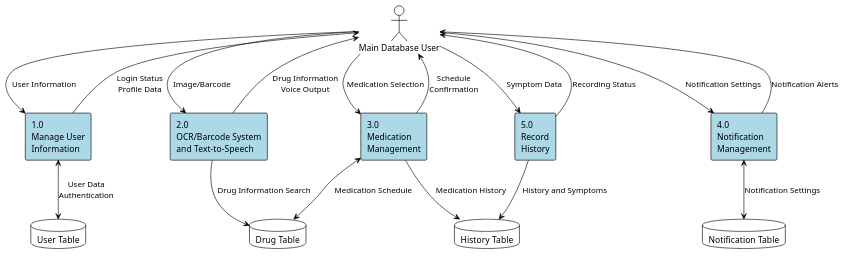
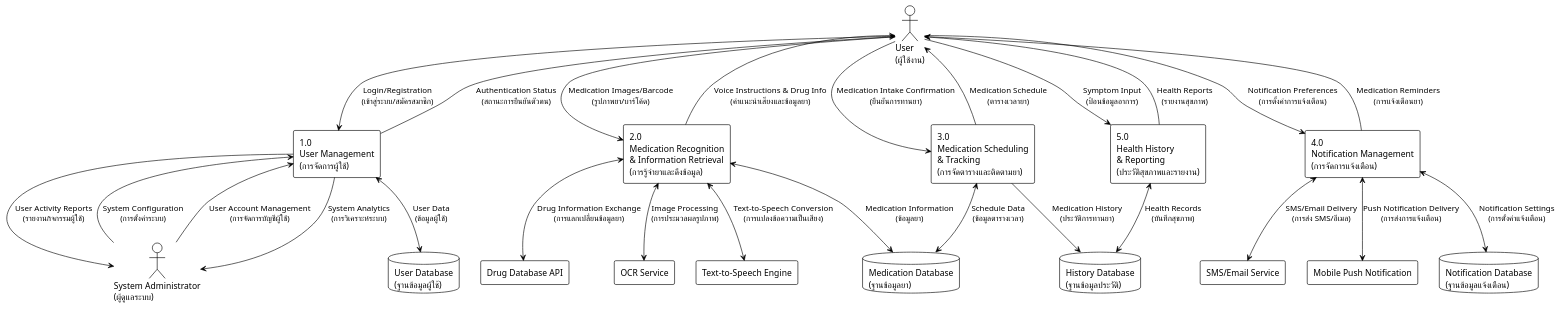
One commit to jell-lynn/capyadoo-dfd changed the diagram in dfd-level1-capyadoo.puml. Above: the diagram before and after it, drawn with PlantUML.

```diff
--- a/dfd-level1-capyadoo.puml
+++ b/dfd-level1-capyadoo.puml
@@ -1,69 +1,64 @@
-@startuml CapYaDoo_Level1_DFD_English
+@startuml CapYaDoo_Level1_Simplified
 !theme plain
 skinparam backgroundColor white
-skinparam rectangle {
-    BackgroundColor lightblue
-    BorderColor black
-}
 
-' ฐานข้อมูลหลัก = Main Database User
-actor "Main Database User" as Admin
-' ตารางผู้ใช้งาน = User Table
-database "User Table" as UserDB
-' ตารางยา = Drug Table  
-database "Drug Table" as DrugDB  
-' ตารางประวัติ = History Table
-database "History Table" as HistoryDB
-' ตารางแจ้งเตือน = Notification Table
-database "Notification Table" as NotifDB
+' Actors
+actor "User\n(ผู้ใช้งาน)" as User
+actor "System Administrator\n(ผู้ดูแลระบบ)" as Admin
 
-' จัดการข้อมูลผู้ใช้ = Manage User Information
-rectangle "1.0\nManage User\nInformation" as P1
-' ระบบ OCR/Barcode และ Text-to-Speech = OCR/Barcode System and Text-to-Speech
-rectangle "2.0\nOCR/Barcode System\nand Text-to-Speech" as P2
-' การจัดการยา = Medication Management
-rectangle "3.0\nMedication\nManagement" as P3
-' การจัดการแจ้งเตือน = Notification Management
-rectangle "4.0\nNotification\nManagement" as P4
-' บันทึกประวัติ = Record History
-rectangle "5.0\nRecord\nHistory" as P5
+' External Systems
+rectangle "Drug Database API" as DrugAPI
+rectangle "OCR Service" as OCRService
+rectangle "Text-to-Speech Engine" as TTSEngine
+rectangle "SMS/Email Service" as SMSService
+rectangle "Mobile Push Notification" as PushNotif
 
-' Input from Admin
-' ข้อมูลผู้ใช้ = User Information
-Admin --> P1 : User Information
-' รูปภาพ/บาร์โค้ด = Image/Barcode
-Admin --> P2 : Image/Barcode
-' การเลือกยา = Medication Selection
-Admin --> P3 : Medication Selection
-' การตั้งค่าแจ้งเตือน = Notification Settings
-Admin --> P4 : Notification Settings
-' ข้อมูลอาการ = Symptom Data
-Admin --> P5 : Symptom Data
+' Databases
+database "User Database\n(ฐานข้อมูลผู้ใช้)" as UserDB
+database "Medication Database\n(ฐานข้อมูลยา)" as MedDB
+database "History Database\n(ฐานข้อมูลประวัติ)" as HistoryDB
+database "Notification Database\n(ฐานข้อมูลแจ้งเตือน)" as NotifDB
 
-' Output to Admin
-' สถานะการเข้าสู่ระบบ = Login Status, ข้อมูลโปรไฟล์ = Profile Data
-P1 --> Admin : Login Status\nProfile Data
-' ข้อมูลยา = Drug Information, เสียงพูด = Voice Output
-P2 --> Admin : Drug Information\nVoice Output
-' ตารางเวลา = Schedule, การยืนยัน = Confirmation
-P3 --> Admin : Schedule\nConfirmation
-' การแจ้งเตือน = Notification Alerts
-P4 --> Admin : Notification Alerts
-' สถานะการบันทึก = Recording Status
-P5 --> Admin : Recording Status
+' Main Processes
+rectangle "1.0\nUser Management\n(การจัดการผู้ใช้)" as P1
+rectangle "2.0\nMedication Recognition\n& Information Retrieval\n(การรู้จำยาและดึงข้อมูล)" as P2
+rectangle "3.0\nMedication Scheduling\n& Tracking\n(การจัดตารางและติดตามยา)" as P3
+rectangle "4.0\nNotification Management\n(การจัดการแจ้งเตือน)" as P4
+rectangle "5.0\nHealth History\n& Reporting\n(ประวัติสุขภาพและรายงาน)" as P5
+
+' User interactions
+User --> P1 : Login/Registration\n(เข้าสู่ระบบ/สมัครสมาชิก)
+User --> P2 : Medication Images/Barcode\n(รูปภาพยา/บาร์โค้ด)
+User --> P3 : Medication Intake Confirmation\n(ยืนยันการทานยา)
+User --> P4 : Notification Preferences\n(การตั้งค่าการแจ้งเตือน)
+User --> P5 : Symptom Input\n(ป้อนข้อมูลอาการ)
+
+P1 --> User : Authentication Status\n(สถานะการยืนยันตัวตน)
+P2 --> User : Voice Instructions & Drug Info\n(คำแนะนำเสียงและข้อมูลยา)
+P3 --> User : Medication Schedule\n(ตารางเวลายา)
+P4 --> User : Medication Reminders\n(การแจ้งเตือนยา)
+P5 --> User : Health Reports\n(รายงานสุขภาพ)
+
+' System Administrator interactions
+Admin --> P1 : System Configuration\n(การตั้งค่าระบบ)
+Admin --> P1 : User Account Management\n(การจัดการบัญชีผู้ใช้)
+
+P1 --> Admin : System Analytics\n(การวิเคราะห์ระบบ)
+P1 --> Admin : User Activity Reports\n(รายงานกิจกรรมผู้ใช้)
+
+' External System connections
+P2 <--> DrugAPI : Drug Information Exchange\n(การแลกเปลี่ยนข้อมูลยา)
+P2 <--> OCRService : Image Processing\n(การประมวลผลรูปภาพ)
+P2 <--> TTSEngine : Text-to-Speech Conversion\n(การแปลงข้อความเป็นเสียง)
+P4 <--> SMSService : SMS/Email Delivery\n(การส่ง SMS/อีเมล)
+P4 <--> PushNotif : Push Notification Delivery\n(การส่งการแจ้งเตือน)
 
 ' Database connections
-' ข้อมูลผู้ใช้ = User Data, การยืนยันตัวตน = Authentication
-P1 <--> UserDB : User Data\nAuthentication
-' ค้นหาข้อมูลยา = Drug Information Search
-P2 --> DrugDB : Drug Information Search
-' ตารางเวลายา = Medication Schedule
-P3 <--> DrugDB : Medication Schedule
-' ประวัติการทานยา = Medication History
-P3 --> HistoryDB : Medication History
-' การตั้งค่าแจ้งเตือน = Notification Settings
-P4 <--> NotifDB : Notification Settings
-' ประวัติและอาการ = History and Symptoms
-P5 --> HistoryDB : History and Symptoms
+P1 <--> UserDB : User Data\n(ข้อมูลผู้ใช้)
+P2 <--> MedDB : Medication Information\n(ข้อมูลยา)
+P3 <--> MedDB : Schedule Data\n(ข้อมูลตารางเวลา)
+P3 --> HistoryDB : Medication History\n(ประวัติการทานยา)
+P4 <--> NotifDB : Notification Settings\n(การตั้งค่าแจ้งเตือน)
+P5 <--> HistoryDB : Health Records\n(บันทึกสุขภาพ)
 
 @enduml
```
